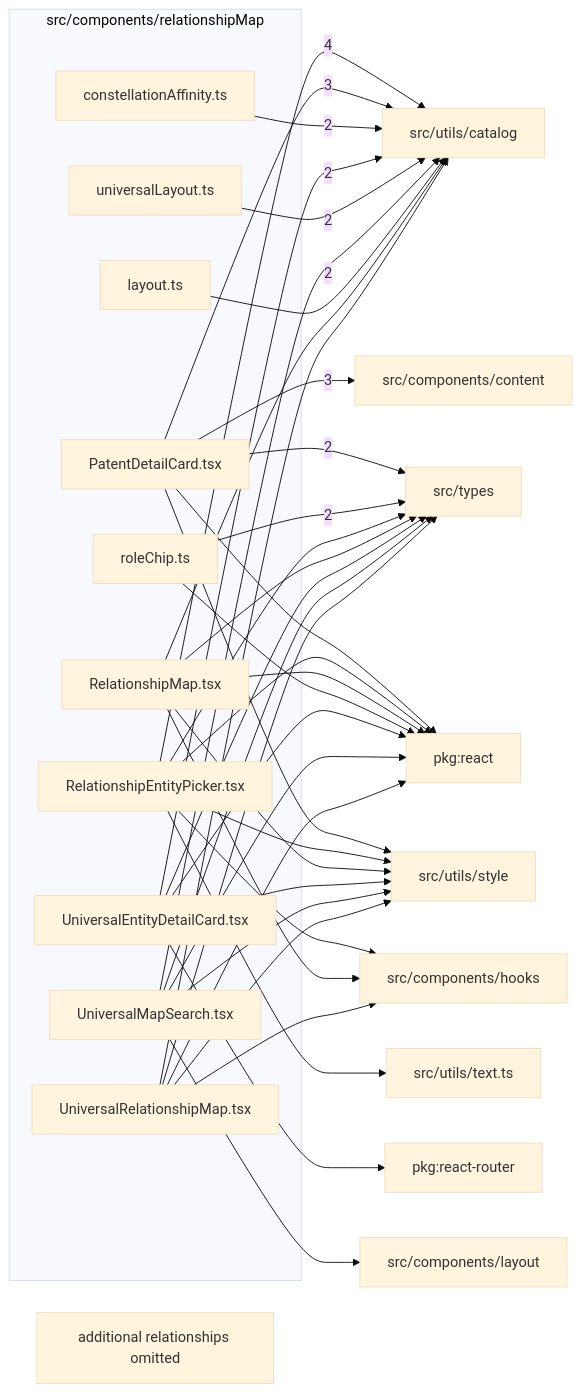
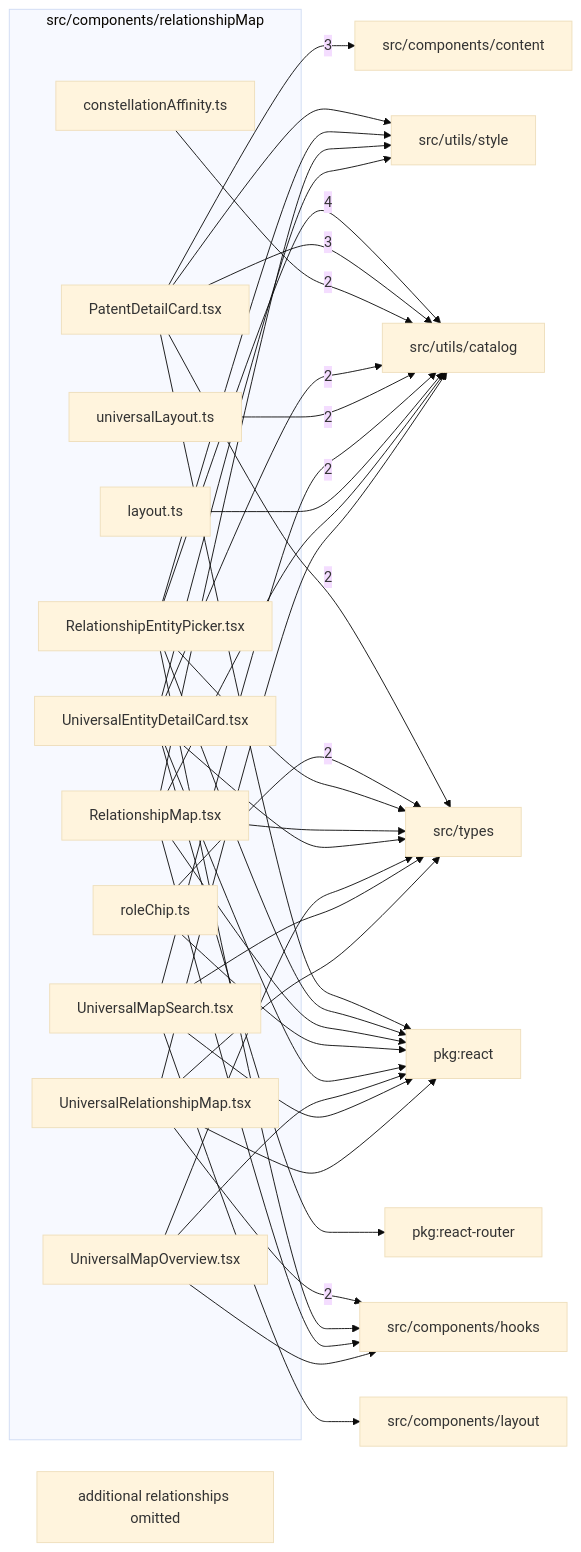
The diagram in src/components/relationshipMap/readme.md (ronbuening/LensVisualizer), drawn with Mermaid (base theme) before and after one commit. The commit also changed other lines of this file and 11 other files, not shown here.

Commit message:
Add clickable universal map overview

````diff
--- a/src/components/relationshipMap/readme.md
+++ b/src/components/relationshipMap/readme.md
@@ -9,61 +9,61 @@
 ```mermaid
 flowchart LR
   subgraph n_src_components_relationshipMap["src/components/relationshipMap"]
     n_src_components_relationshipMap_src_components_relationshipMap_constellationAffinity_ts["constellationAffinity.ts"]
     n_src_components_relationshipMap_src_components_relationshipMap_layout_ts["layout.ts"]
     n_src_components_relationshipMap_src_components_relationshipMap_PatentDetailCard_tsx["PatentDetailCard.tsx"]
     n_src_components_relationshipMap_src_components_relationshipMap_RelationshipEntityPicker_tsx["RelationshipEntityPicker.tsx"]
     n_src_components_relationshipMap_src_components_relationshipMap_RelationshipMap_tsx["RelationshipMap.tsx"]
     n_src_components_relationshipMap_src_components_relationshipMap_roleChip_ts["roleChip.ts"]
     n_src_components_relationshipMap_src_components_relationshipMap_UniversalEntityDetailCard_tsx["UniversalEntityDetailCard.tsx"]
     n_src_components_relationshipMap_src_components_relationshipMap_universalLayout_ts["universalLayout.ts"]
+    n_src_components_relationshipMap_src_components_relationshipMap_UniversalMapOverview_tsx["UniversalMapOverview.tsx"]
     n_src_components_relationshipMap_src_components_relationshipMap_UniversalMapSearch_tsx["UniversalMapSearch.tsx"]
     n_src_components_relationshipMap_src_components_relationshipMap_UniversalRelationshipMap_tsx["UniversalRelationshipMap.tsx"]
   end
   n_external_src_utils_catalog["src/utils/catalog"]
   n_external_src_components_content["src/components/content"]
+  n_external_src_components_hooks["src/components/hooks"]
   n_external_src_types["src/types"]
   n_external_pkg_react["pkg:react"]
   n_external_pkg_react_router["pkg:react-router"]
-  n_external_src_components_hooks["src/components/hooks"]
   n_external_src_components_layout["src/components/layout"]
   n_external_src_utils_style["src/utils/style"]
-  n_external_src_utils_text_ts["src/utils/text.ts"]
   n_src_components_relationshipMap_src_components_relationshipMap_RelationshipEntityPicker_tsx --> |4| n_external_src_utils_catalog
   n_src_components_relationshipMap_src_components_relationshipMap_PatentDetailCard_tsx --> |3| n_external_src_components_content
   n_src_components_relationshipMap_src_components_relationshipMap_PatentDetailCard_tsx --> |3| n_external_src_utils_catalog
+  n_src_components_relationshipMap_src_components_relationshipMap_UniversalRelationshipMap_tsx --> |2| n_external_src_components_hooks
   n_src_components_relationshipMap_src_components_relationshipMap_PatentDetailCard_tsx --> |2| n_external_src_types
   n_src_components_relationshipMap_src_components_relationshipMap_roleChip_ts --> |2| n_external_src_types
   n_src_components_relationshipMap_src_components_relationshipMap_constellationAffinity_ts --> |2| n_external_src_utils_catalog
   n_src_components_relationshipMap_src_components_relationshipMap_UniversalEntityDetailCard_tsx --> |2| n_external_src_utils_catalog
   n_src_components_relationshipMap_src_components_relationshipMap_universalLayout_ts --> |2| n_external_src_utils_catalog
   n_src_components_relationshipMap_src_components_relationshipMap_UniversalMapSearch_tsx --> |2| n_external_src_utils_catalog
   n_src_components_relationshipMap_src_components_relationshipMap_PatentDetailCard_tsx --> n_external_pkg_react
   n_src_components_relationshipMap_src_components_relationshipMap_RelationshipEntityPicker_tsx --> n_external_pkg_react
   n_src_components_relationshipMap_src_components_relationshipMap_RelationshipMap_tsx --> n_external_pkg_react
   n_src_components_relationshipMap_src_components_relationshipMap_roleChip_ts --> n_external_pkg_react
   n_src_components_relationshipMap_src_components_relationshipMap_UniversalEntityDetailCard_tsx --> n_external_pkg_react
+  n_src_components_relationshipMap_src_components_relationshipMap_UniversalMapOverview_tsx --> n_external_pkg_react
   n_src_components_relationshipMap_src_components_relationshipMap_UniversalMapSearch_tsx --> n_external_pkg_react
   n_src_components_relationshipMap_src_components_relationshipMap_UniversalRelationshipMap_tsx --> n_external_pkg_react
   n_src_components_relationshipMap_src_components_relationshipMap_UniversalEntityDetailCard_tsx --> n_external_pkg_react_router
   n_src_components_relationshipMap_src_components_relationshipMap_RelationshipEntityPicker_tsx --> n_external_src_components_hooks
   n_src_components_relationshipMap_src_components_relationshipMap_RelationshipMap_tsx --> n_external_src_components_hooks
-  n_src_components_relationshipMap_src_components_relationshipMap_UniversalRelationshipMap_tsx --> n_external_src_components_hooks
+  n_src_components_relationshipMap_src_components_relationshipMap_UniversalMapOverview_tsx --> n_external_src_components_hooks
   n_src_components_relationshipMap_src_components_relationshipMap_UniversalMapSearch_tsx --> n_external_src_components_layout
   n_src_components_relationshipMap_src_components_relationshipMap_RelationshipEntityPicker_tsx --> n_external_src_types
   n_src_components_relationshipMap_src_components_relationshipMap_RelationshipMap_tsx --> n_external_src_types
   n_src_components_relationshipMap_src_components_relationshipMap_UniversalEntityDetailCard_tsx --> n_external_src_types
+  n_src_components_relationshipMap_src_components_relationshipMap_UniversalMapOverview_tsx --> n_external_src_types
   n_src_components_relationshipMap_src_components_relationshipMap_UniversalMapSearch_tsx --> n_external_src_types
   n_src_components_relationshipMap_src_components_relationshipMap_UniversalRelationshipMap_tsx --> n_external_src_types
   n_src_components_relationshipMap_src_components_relationshipMap_layout_ts --> n_external_src_utils_catalog
   n_src_components_relationshipMap_src_components_relationshipMap_RelationshipMap_tsx --> n_external_src_utils_catalog
   n_src_components_relationshipMap_src_components_relationshipMap_UniversalRelationshipMap_tsx --> n_external_src_utils_catalog
   n_src_components_relationshipMap_src_components_relationshipMap_PatentDetailCard_tsx --> n_external_src_utils_style
   n_src_components_relationshipMap_src_components_relationshipMap_RelationshipEntityPicker_tsx --> n_external_src_utils_style
   n_src_components_relationshipMap_src_components_relationshipMap_RelationshipMap_tsx --> n_external_src_utils_style
   n_src_components_relationshipMap_src_components_relationshipMap_UniversalEntityDetailCard_tsx --> n_external_src_utils_style
-  n_src_components_relationshipMap_src_components_relationshipMap_UniversalMapSearch_tsx --> n_external_src_utils_style
-  n_src_components_relationshipMap_src_components_relationshipMap_UniversalRelationshipMap_tsx --> n_external_src_utils_style
-  n_src_components_relationshipMap_src_components_relationshipMap_RelationshipEntityPicker_tsx --> n_external_src_utils_text_ts
   n_src_components_relationshipMap_truncated["additional relationships omitted"]
 ```
````
